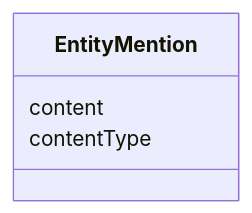
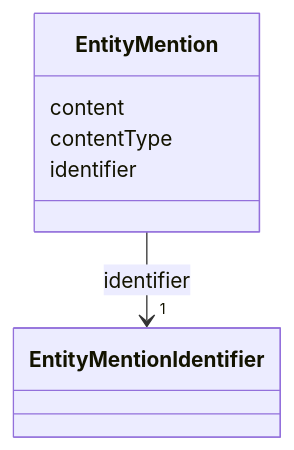
The diagram in docs/schema/EntityMention.md (OP-TED/entity-resolution-spec), drawn with Mermaid before and after one commit. The commit also changed other lines of this file and 23 other files, not shown here.

````diff
--- a/docs/schema/EntityMention.md
+++ b/docs/schema/EntityMention.md
@@ -22,10 +22,21 @@
 ```mermaid
  classDiagram
     class EntityMention
     click EntityMention href "../EntityMention/"
       EntityMention : content
         
       EntityMention : contentType
         
+      EntityMention : identifier
+        
+          
+    
+        
+        
+        EntityMention --> "1" EntityMentionIdentifier : identifier
+        click EntityMentionIdentifier href "../EntityMentionIdentifier/"
+    
+
+        
       
 ```
````
